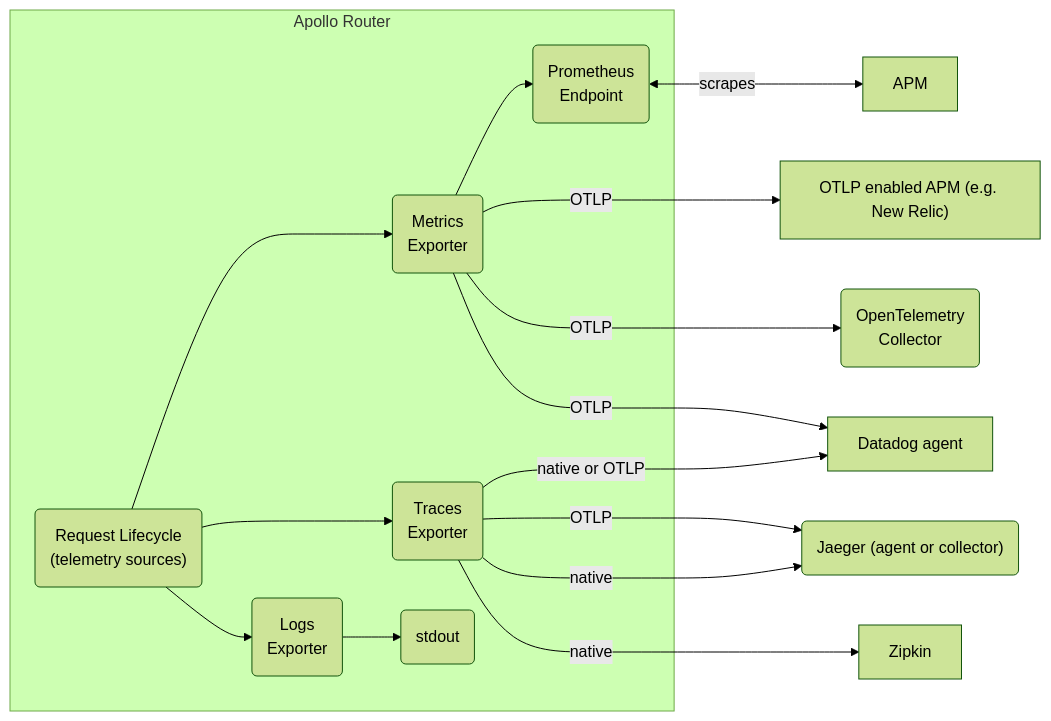
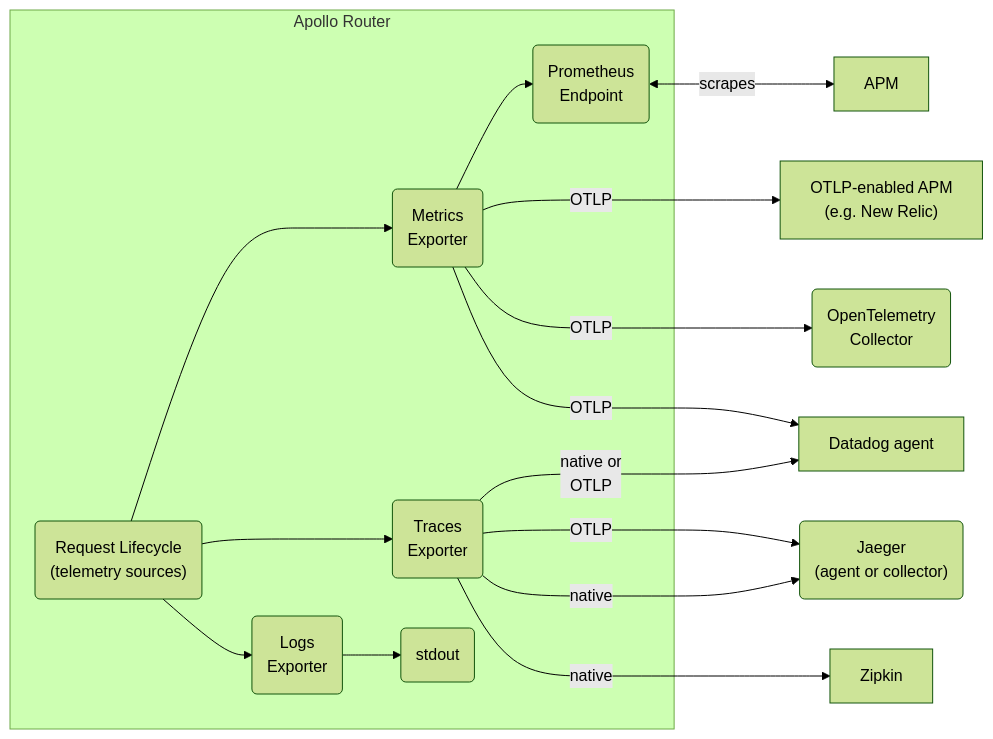
Before and after one commit to apollographql/router: the diagram in docs/source/configuration/telemetry/overview.mdx, drawn with Mermaid (forest theme).

Commit message:
copyedit flowchart

````diff
--- a/docs/source/configuration/telemetry/overview.mdx
+++ b/docs/source/configuration/telemetry/overview.mdx
@@ -12,35 +12,35 @@
 ```mermaid
 flowchart LR
     subgraph Apollo Router
     lifecycle("Request Lifecycle<br/>(telemetry sources)")
     metrics_exporter("Metrics<br/>Exporter")
     traces_exporter("Traces<br/>Exporter")
     logs_exporter("Logs<br/>Exporter")
     prometheus("Prometheus<br/>Endpoint")
     terminal(stdout)
     
     lifecycle--->metrics_exporter
     lifecycle--->traces_exporter
     lifecycle-->logs_exporter
     logs_exporter-->terminal
     metrics_exporter-->prometheus
     end
 
-    otlp_apm["OTLP enabled APM (e.g. New Relic)"]
+    otlp_apm["OTLP-enabled APM<br/>(e.g. New Relic)"]
     zipkin[Zipkin]
     datadog[Datadog agent]
     apm1[APM]
     collector("OpenTelemetry<br/>Collector")
-    jaeger("Jaeger (agent or collector)")
+    jaeger("Jaeger<br/>(agent or collector)")
 
 
     metrics_exporter--"OTLP"--->otlp_apm
     metrics_exporter--"OTLP"--->collector
     metrics_exporter--"OTLP"--->datadog
     traces_exporter--"OTLP"--->jaeger
-    traces_exporter--"native or OTLP"-->datadog
+    traces_exporter--"native or<br/>OTLP"-->datadog
     traces_exporter--"native"-->jaeger
     traces_exporter--"native"--->zipkin
     prometheus<--"scrapes"-->apm1
 
 ```
````
